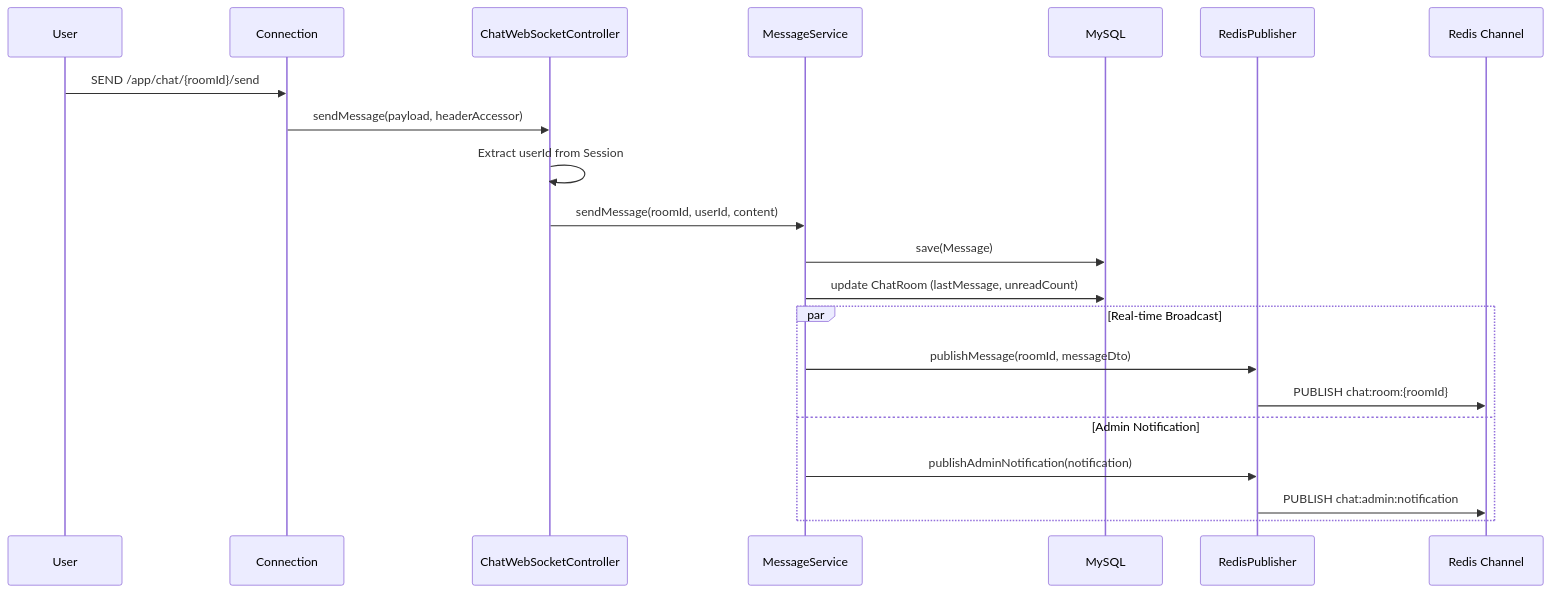
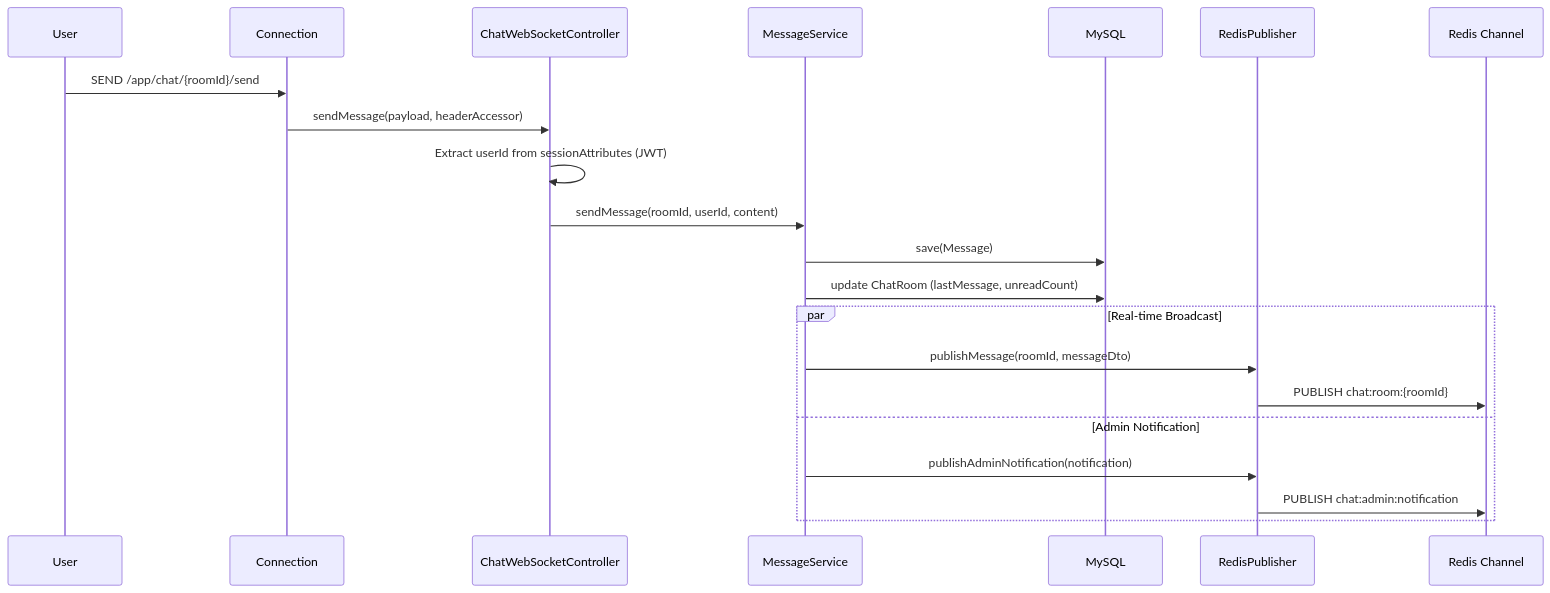
Before and after one commit to zooozoo/chat_poc: the fifth of 18 diagrams in WORKFLOW_GUIDE.md, drawn with Mermaid. The commit also changed other lines of this file and 24 other files, not shown here.

First line of the commit message:
Change authentication method from session to jwt

````diff
--- a/WORKFLOW_GUIDE.md
+++ b/WORKFLOW_GUIDE.md
@@ -112,25 +582,25 @@
 ```mermaid
 sequenceDiagram
     participant Sender as User
     participant Socket as Connection
     participant C as ChatWebSocketController
     participant S as MessageService
     participant DB as MySQL
     participant Pub as RedisPublisher
     participant Redis as Redis Channel
 
     Sender->>Socket: SEND /app/chat/{roomId}/send
     Socket->>C: sendMessage(payload, headerAccessor)
-    C->>C: Extract userId from Session
+    C->>C: Extract userId from sessionAttributes (JWT)
     C->>S: sendMessage(roomId, userId, content)
     S->>DB: save(Message)
     S->>DB: update ChatRoom (lastMessage, unreadCount)
     
     par Real-time Broadcast
         S->>Pub: publishMessage(roomId, messageDto)
         Pub->>Redis: PUBLISH chat:room:{roomId}
     and Admin Notification
         S->>Pub: publishAdminNotification(notification)
         Pub->>Redis: PUBLISH chat:admin:notification
     end
 ```
````
